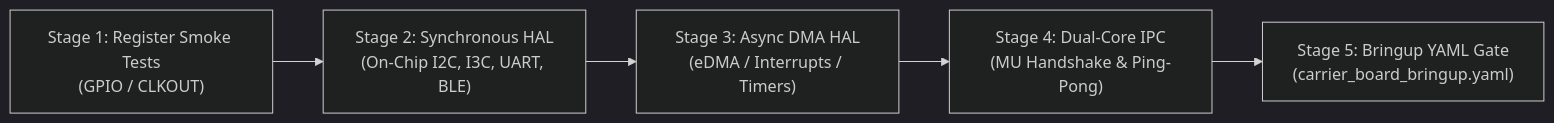
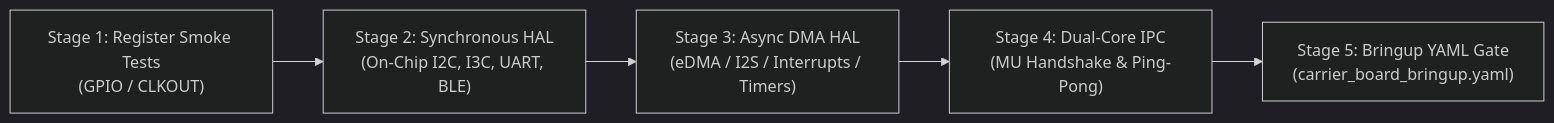
Before and after one commit to picklethecat1488-hue/firmware: the second of 2 diagrams in app/carrier_board.md, drawn with Mermaid (dark theme). The commit also changed other lines of this file and 3 other files, not shown here.

````diff
--- a/app/carrier_board.md
+++ b/app/carrier_board.md
@@ -493,7 +603,7 @@
 ```mermaid
 flowchart LR
     S1["Stage 1: Register Smoke Tests<br/>(GPIO / CLKOUT)"] --> S2["Stage 2: Synchronous HAL<br/>(On-Chip I2C, I3C, UART, BLE)"]
-    S2 --> S3["Stage 3: Async DMA HAL<br/>(eDMA / Interrupts / Timers)"]
+    S2 --> S3["Stage 3: Async DMA HAL<br/>(eDMA / I2S / Interrupts / Timers)"]
     S3 --> S4["Stage 4: Dual-Core IPC<br/>(MU Handshake & Ping-Pong)"]
     S4 --> S5["Stage 5: Bringup YAML Gate<br/>(carrier_board_bringup.yaml)"]
 ```
````
